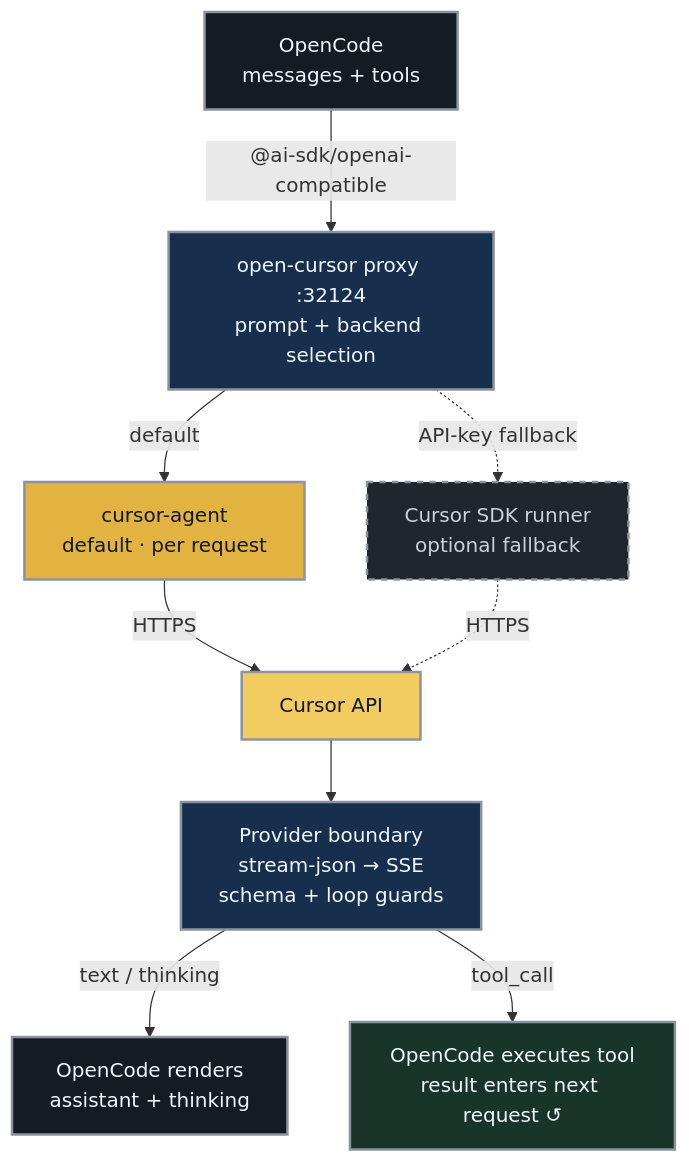
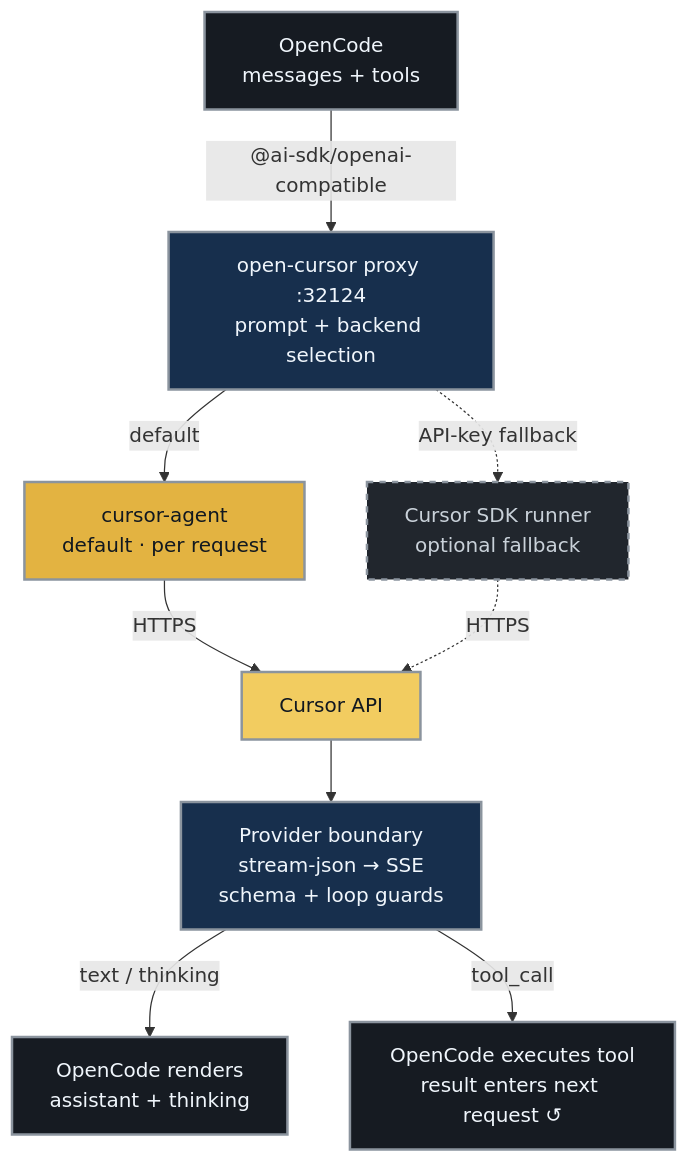
Before and after one commit to Nomadcxx/opencode-cursor: the first of 2 diagrams in README.md, drawn with Mermaid.

Commit message:
docs: align architecture output colors

````diff
--- a/README.md
+++ b/README.md
@@ -162,33 +162,33 @@
 ```mermaid
 flowchart TB
     OPEN["OpenCode<br/>messages + tools"]
     PROXY["open-cursor proxy :32124<br/>prompt + backend selection"]
     AGENT["cursor-agent<br/>default · per request"]
     SDK["Cursor SDK runner<br/>optional fallback"]
     API["Cursor API"]
     BOUNDARY["Provider boundary<br/>stream-json → SSE<br/>schema + loop guards"]
     TEXT["OpenCode renders<br/>assistant + thinking"]
     TOOLS["OpenCode executes tool<br/>result enters next request ↺"]
 
     OPEN -->|"@ai-sdk/openai-compatible"| PROXY
     PROXY -->|"default"| AGENT
     PROXY -. "API-key fallback" .-> SDK
     AGENT -->|"HTTPS"| API
     SDK -. "HTTPS" .-> API
     API --> BOUNDARY
     BOUNDARY -->|"text / thinking"| TEXT
     BOUNDARY -->|"tool_call"| TOOLS
 
     classDef host fill:#161b22,stroke:#8b949e,color:#f0f6fc,stroke-width:2px
     classDef bridge fill:#172f4d,stroke:#8b949e,color:#f0f6fc,stroke-width:2px
     classDef cursorAgent fill:#e3b341,stroke:#8b949e,color:#111820,stroke-width:2px
     classDef cursorApi fill:#f2cc60,stroke:#8b949e,color:#111820,stroke-width:2px
     classDef optional fill:#21262d,stroke:#8b949e,color:#c9d1d9,stroke-width:2px,stroke-dasharray:5 5
-    classDef tool fill:#19352a,stroke:#8b949e,color:#f0f6fc,stroke-width:2px
+    classDef tool fill:#161b22,stroke:#8b949e,color:#f0f6fc,stroke-width:2px
     class OPEN,TEXT host
     class PROXY,BOUNDARY bridge
     class AGENT cursorAgent
     class API cursorApi
     class SDK optional
     class TOOLS tool
 ```
````
